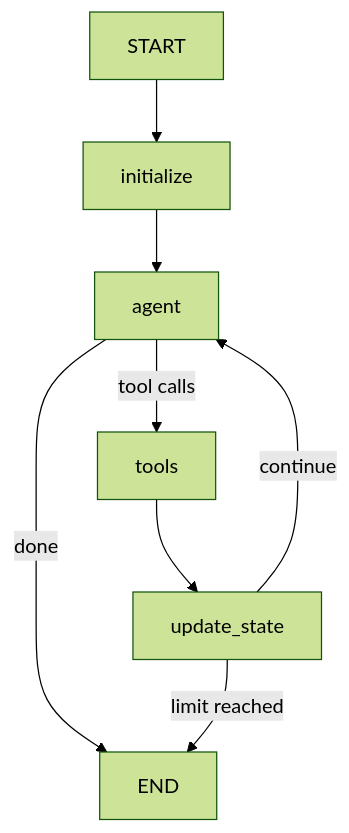
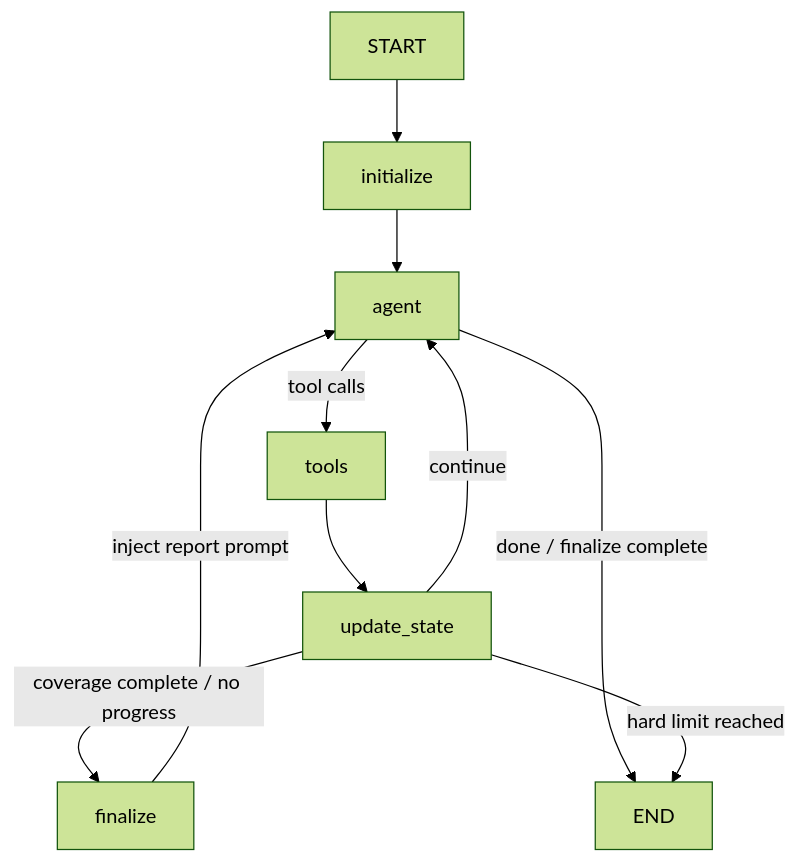
The third of 7 diagrams in docs/ARCH.md (advent-lab/llm-verif), drawn with Mermaid (forest theme) before and after one commit. The commit also changed other lines of this file and 3 other files, not shown here.

````diff
--- a/docs/ARCH.md
+++ b/docs/ARCH.md
@@ -545,10 +652,12 @@
 ```mermaid
 graph TD
     START --> initialize
     initialize --> agent
     agent -->|tool calls| tools
+    agent -->|done / finalize complete| END
     tools --> update_state
     update_state -->|continue| agent
-    agent -->|done| END
-    update_state -->|limit reached| END
+    update_state -->|coverage complete / no progress| finalize
+    update_state -->|hard limit reached| END
+    finalize -->|inject report prompt| agent
 ```
````
